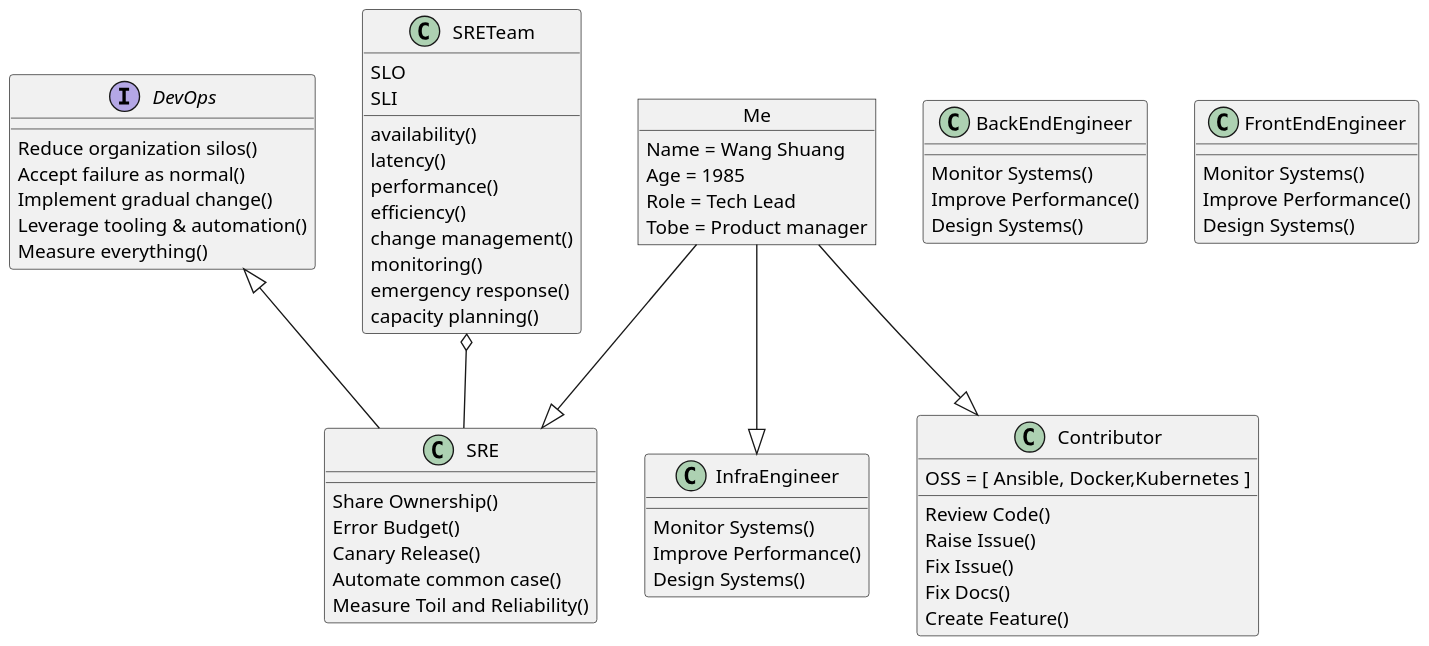
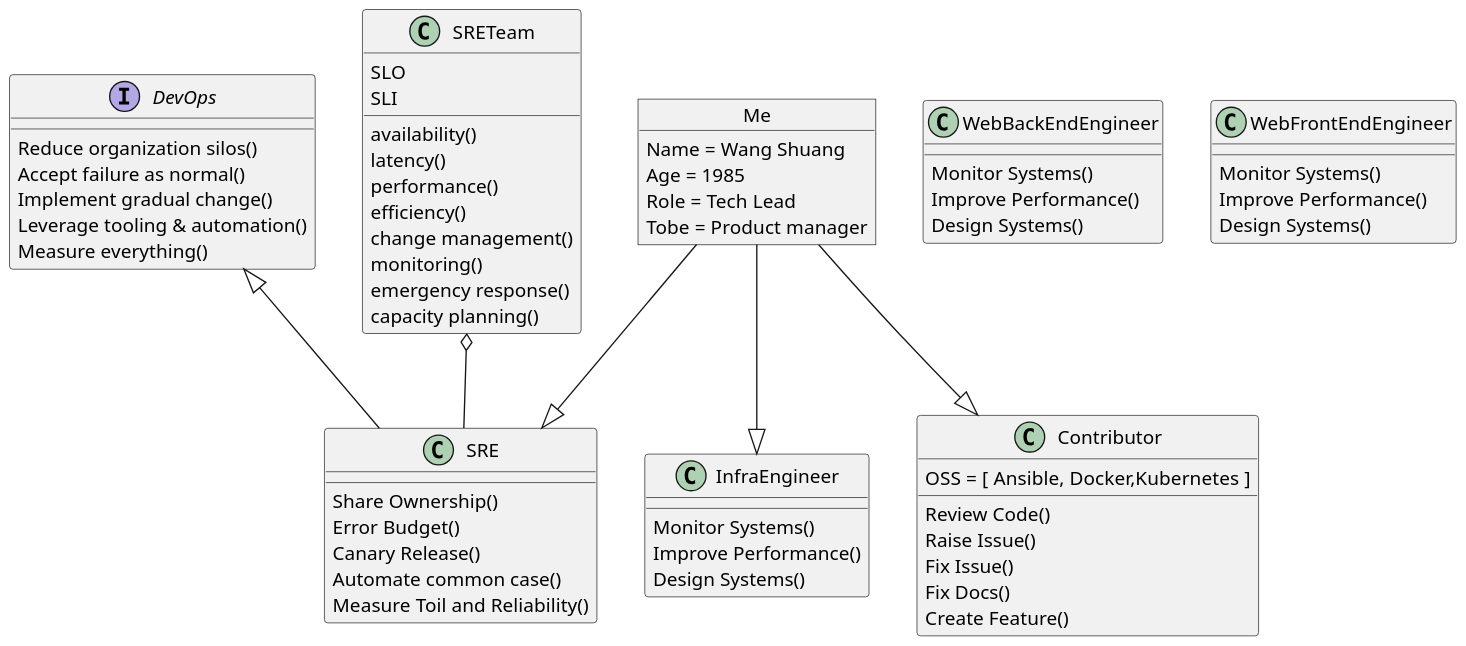
Before and after one commit to ptux/mashtun: the diagram in docs/index.md, drawn with PlantUML.

````diff
--- a/docs/index.md
+++ b/docs/index.md
@@ -3,77 +3,77 @@
 ```plantuml
 @startuml
 scale 800 width
 scale 700 height
 
-interface DevOps{
+Interface DevOps{
     Reduce organization silos()
     Accept failure as normal()
     Implement gradual change()
     Leverage tooling & automation()
     Measure everything()
 }
 
-class SRE{
+Class SRE{
     Share Ownership()
     Error Budget()
     Canary Release()
     Automate common case()
     Measure Toil and Reliability()
 }
 
-Class BackEndEngineer{
+Class WebBackEndEngineer{
     Monitor Systems()
     Improve Performance()
     Design Systems()
 }
 
-Class FrontEndEngineer{
+Class WebFrontEndEngineer{
     Monitor Systems()
     Improve Performance()
     Design Systems()
 }
 
 Class InfraEngineer{
     Monitor Systems()
     Improve Performance()
     Design Systems()
 }
 
 Class Contributor{
     OSS = [ Ansible, Docker,Kubernetes ]
     Review Code()
     Raise Issue()
     Fix Issue()
     Fix Docs()
     Create Feature()
 }
 
-class SRETeam{
+Class SRETeam{
     SLO
     SLI
     availability()
     latency()
     performance()
     efficiency()
     change management()
     monitoring()
     emergency response()
     capacity planning()
 }
 
-object Me
+Object Me
 Me : Name = Wang Shuang
 Me : Age = 1985
 Me : Role = Tech Lead
 Me : Tobe = Product manager
 
 
 DevOps <|-- SRE
 SRETeam o-- SRE
 
 Me --|> Contributor
 Me --|> SRE
 Me --|> InfraEngineer
 
 @enduml
 ```
````
